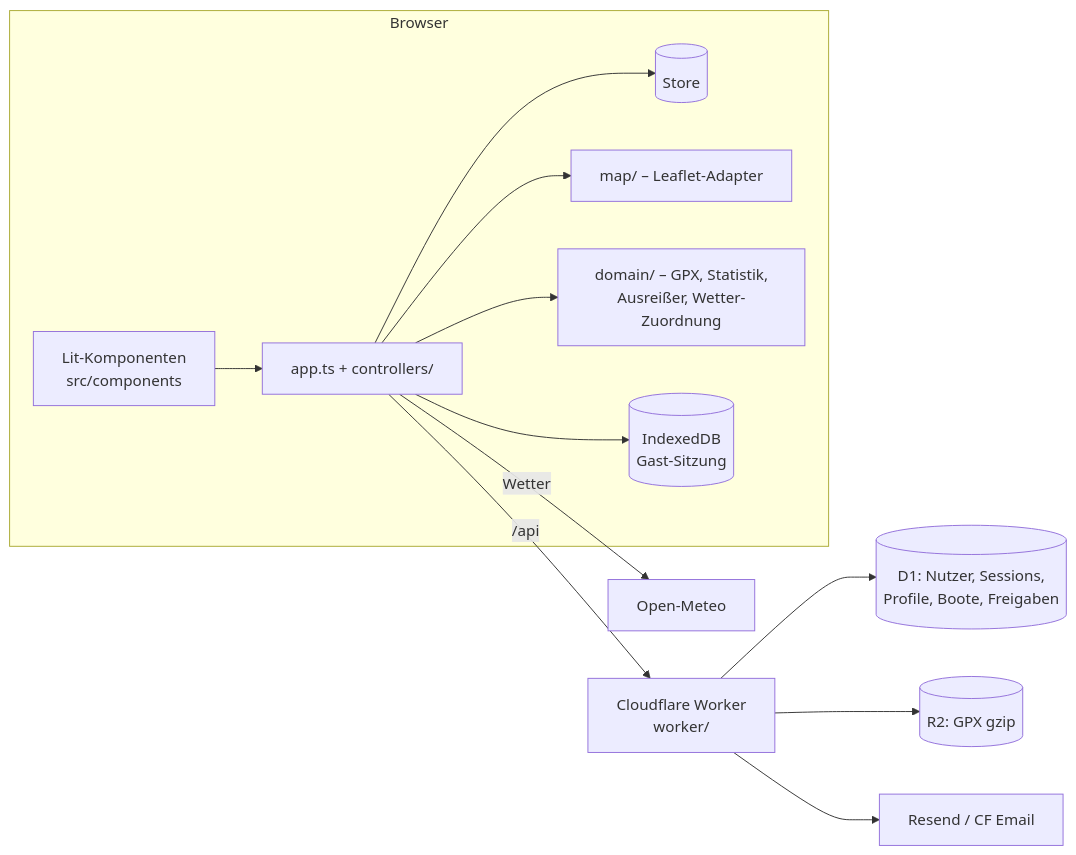
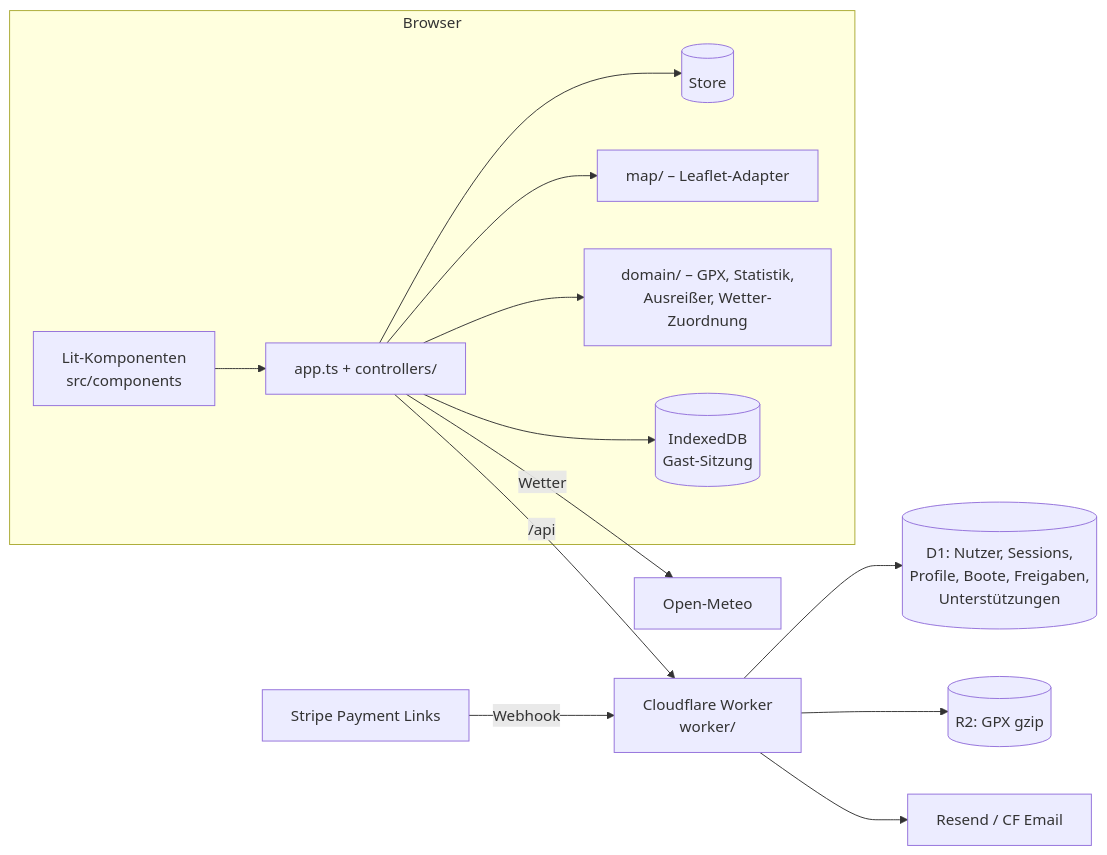
Before and after one commit to tofixx/sailing-explorer: the diagram in README.md, drawn with Mermaid. The commit also changed other lines of this file and 23 other files, not shown here.

````diff
--- a/README.md
+++ b/README.md
@@ -58,15 +59,16 @@
 ```mermaid
 flowchart LR
   subgraph Browser
     UI[Lit-Komponenten<br/>src/components] --> APP[app.ts + controllers/]
     APP --> STORE[(Store)]
     APP --> MAP[map/ – Leaflet-Adapter]
     APP --> DOMAIN[domain/ – GPX, Statistik,<br/>Ausreißer, Wetter-Zuordnung]
     APP --> IDB[(IndexedDB<br/>Gast-Sitzung)]
   end
   APP -- Wetter --> OM[Open-Meteo]
   APP -- /api --> W[Cloudflare Worker<br/>worker/]
-  W --> D1[(D1: Nutzer, Sessions,<br/>Profile, Boote, Freigaben)]
+  W --> D1[(D1: Nutzer, Sessions,<br/>Profile, Boote, Freigaben,<br/>Unterstützungen)]
+  STRIPE[Stripe Payment Links] -- Webhook --> W
   W --> R2[(R2: GPX gzip)]
   W --> MAIL[Resend / CF Email]
 ```
````
